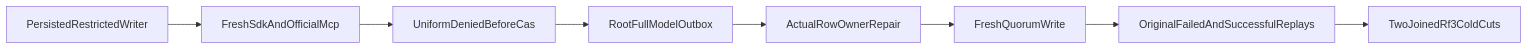
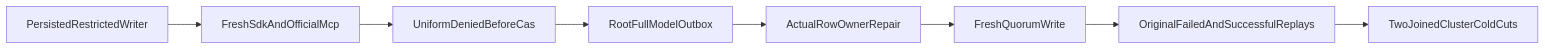
Before and after one commit to managedcode/KeyLoad: the diagram in docs/Features/Authorization/RowRevisionInferencePublic.md, drawn with Mermaid. The commit also changed other lines of this file and 7356 other files, not shown here.

````diff
--- a/docs/Features/Authorization/RowRevisionInferencePublic.md
+++ b/docs/Features/Authorization/RowRevisionInferencePublic.md
@@ -9,10 +9,10 @@
 ```mermaid
 flowchart LR
  PersistedRestrictedWriter --> FreshSdkAndOfficialMcp
  FreshSdkAndOfficialMcp --> UniformDeniedBeforeCas
  UniformDeniedBeforeCas --> RootFullModelOutbox
  RootFullModelOutbox --> ActualRowOwnerRepair
  ActualRowOwnerRepair --> FreshQuorumWrite
  FreshQuorumWrite --> OriginalFailedAndSuccessfulReplays
- OriginalFailedAndSuccessfulReplays --> TwoJoinedRf3ColdCuts
+ OriginalFailedAndSuccessfulReplays --> TwoJoinedClusterColdCuts
 ```
````
